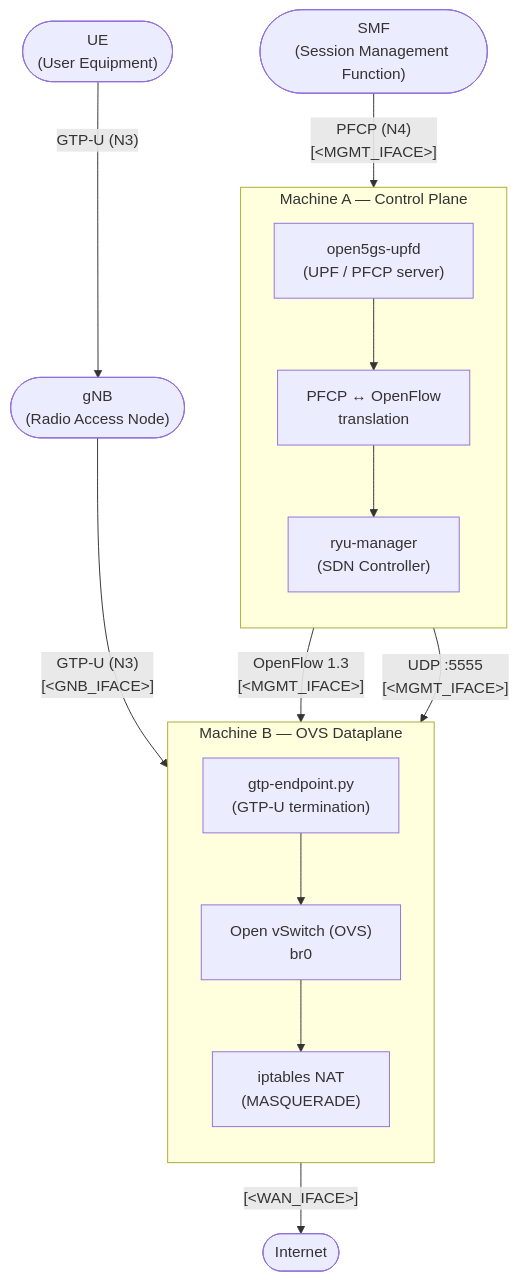
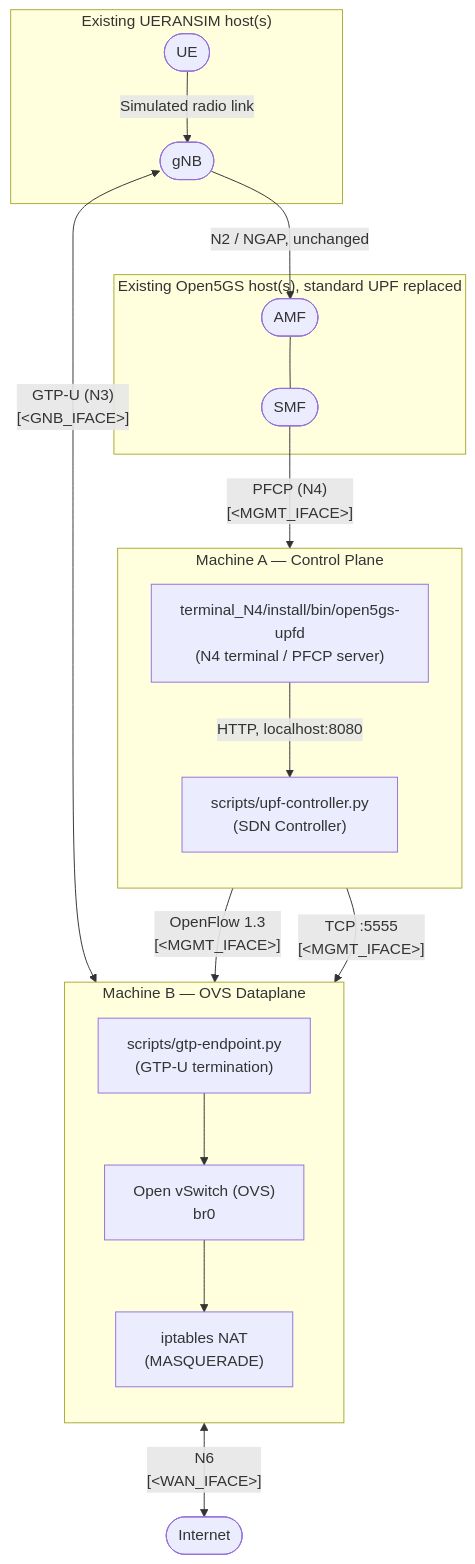
Before and after one commit to kubaq215/magisterka: the diagram in instrukcja.md, drawn with Mermaid. The commit also changed other lines of this file and 893 other files, not shown here.

````diff
--- a/instrukcja.md
+++ b/instrukcja.md
@@ -22,33 +56,38 @@
 ```mermaid
 flowchart TD
-    UE(["UE<br/>(User Equipment)"])
-    GNB(["gNB<br/>(Radio Access Node)"])
-    SMF(["SMF<br/>(Session Management Function)"])
+    subgraph ExistingRAN["Existing UERANSIM host(s)"]
+        UE(["UE"])
+        GNB(["gNB"])
+    end
+    subgraph ExistingCore["Existing Open5GS host(s), standard UPF replaced"]
+        AMF(["AMF"])
+        SMF(["SMF"])
+        AMF --- SMF
+    end
     INTERNET(["Internet"])
 
     subgraph MachineB["Machine B — OVS Dataplane"]
         direction TB
-        GTP["gtp-endpoint.py<br/>(GTP-U termination)"]
+        GTP["scripts/gtp-endpoint.py<br/>(GTP-U termination)"]
         OVS["Open vSwitch (OVS)<br/>br0"]
         NAT["iptables NAT<br/>(MASQUERADE)"]
         GTP --> OVS
         OVS --> NAT
     end
 
     subgraph MachineA["Machine A — Control Plane"]
         direction TB
-        UPF["open5gs-upfd<br/>(UPF / PFCP server)"]
-        TRANS["PFCP ↔ OpenFlow<br/>translation"]
-        CTRL["ryu-manager<br/>(SDN Controller)"]
-        UPF --> TRANS
-        TRANS --> CTRL
+        UPF["terminal_N4/install/bin/open5gs-upfd<br/>(N4 terminal / PFCP server)"]
+        CTRL["scripts/upf-controller.py<br/>(SDN Controller)"]
+        UPF -- "HTTP, localhost:8080" --> CTRL
     end
 
-    UE -- "GTP-U (N3)" --> GNB
-    GNB -- "GTP-U (N3)<br/>[&lt;GNB_IFACE&gt;]" --> GTP
-    NAT -- "[&lt;WAN_IFACE&gt;]" --> INTERNET
+    UE -- "Simulated radio link" --> GNB
+    GNB -- "N2 / NGAP, unchanged" --> AMF
+    GNB <-->|"GTP-U (N3)<br/>[&lt;GNB_IFACE&gt;]"| GTP
+    NAT <-->|"N6<br/>[&lt;WAN_IFACE&gt;]"| INTERNET
 
     SMF -- "PFCP (N4)<br/>[&lt;MGMT_IFACE&gt;]" --> UPF
     CTRL -- "OpenFlow 1.3<br/>[&lt;MGMT_IFACE&gt;]" --> OVS
-    CTRL -- "UDP :5555<br/>[&lt;MGMT_IFACE&gt;]" --> GTP
+    CTRL -- "TCP :5555<br/>[&lt;MGMT_IFACE&gt;]" --> GTP
 ```
````
